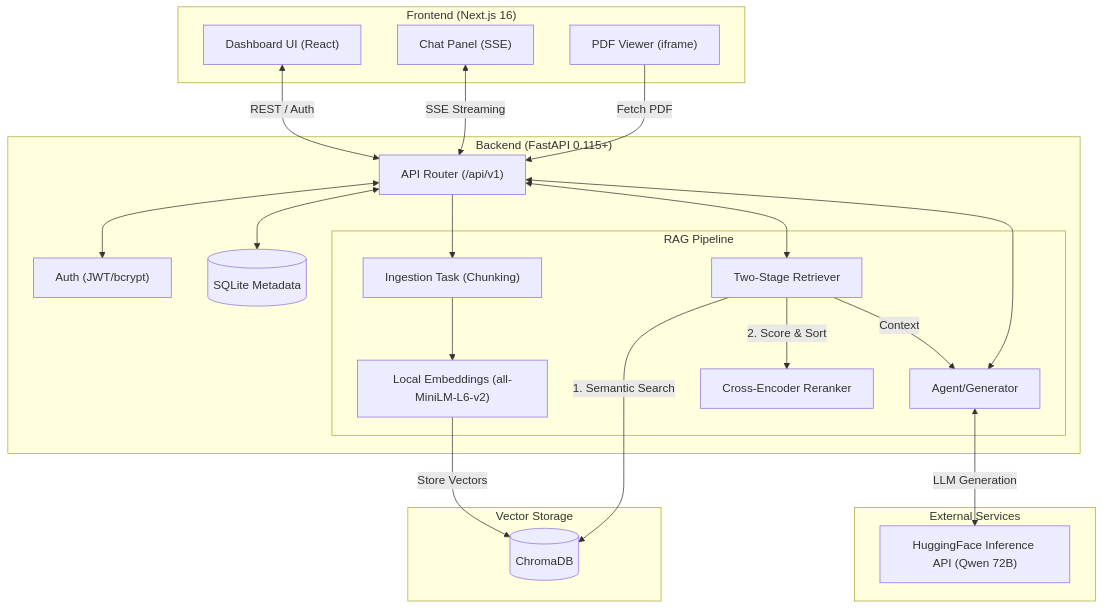
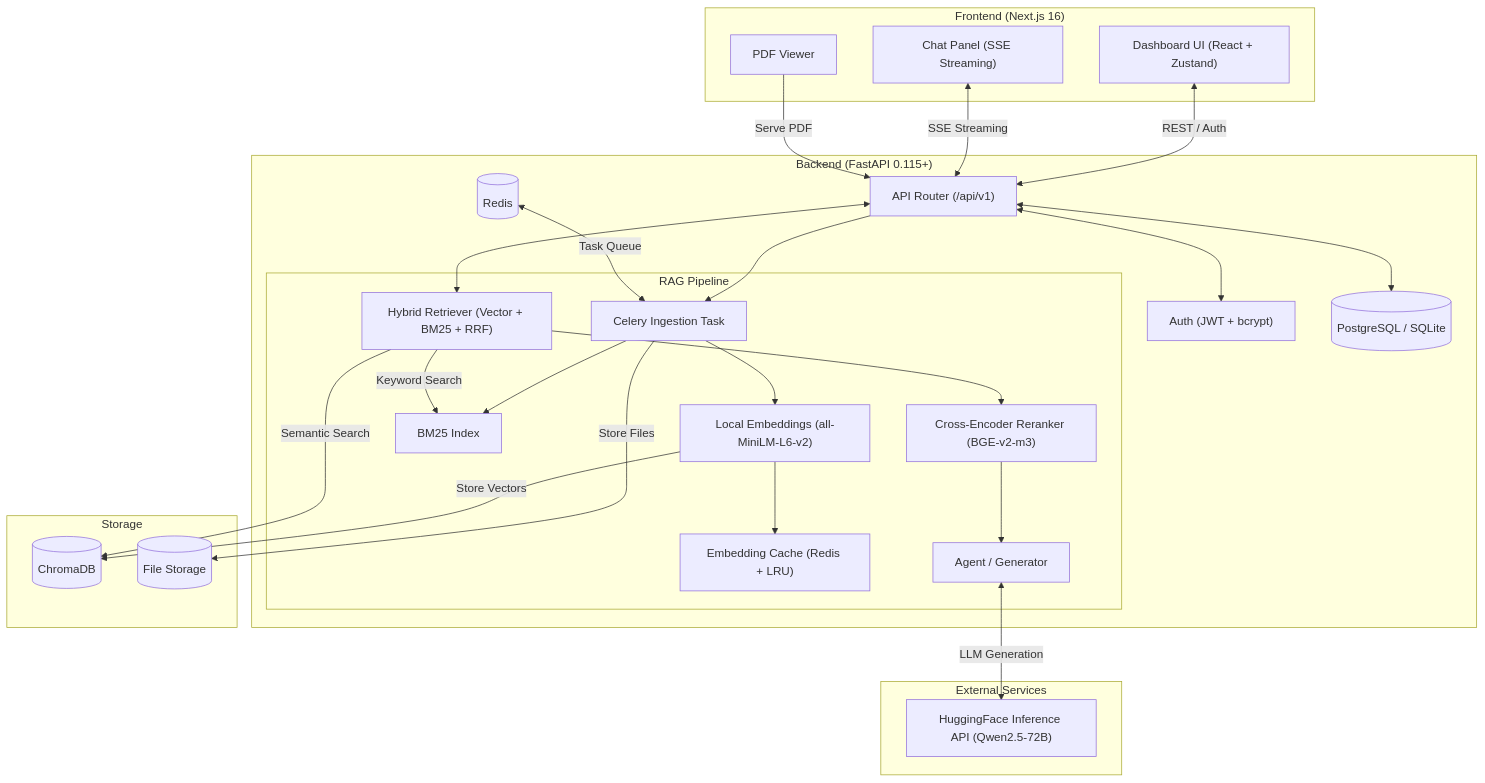
Before and after one commit to param20h/PDF-Assistant-RAG: the diagram in README.md, drawn with Mermaid. The commit also changed other lines of this file, not shown here.

````diff
--- a/README.md
+++ b/README.md
@@ -87,54 +86,53 @@
 ```mermaid
 graph TD
     subgraph Frontend["Frontend (Next.js 16)"]
-        UI["Dashboard UI (React)"]
-        Chat["Chat Panel (SSE)"]
-        Viewer["PDF Viewer (iframe)"]
+        UI["Dashboard UI (React + Zustand)"]
+        Chat["Chat Panel (SSE Streaming)"]
+        Viewer["PDF Viewer"]
     end
 
     subgraph Backend["Backend (FastAPI 0.115+)"]
         API["API Router (/api/v1)"]
-        Auth["Auth (JWT/bcrypt)"]
-        DB[(SQLite Metadata)]
+        Auth["Auth (JWT + bcrypt)"]
+        DB[(PostgreSQL / SQLite)]
+        Redis[(Redis)]
 
         subgraph RAG["RAG Pipeline"]
-            Upload["Ingestion Task (Chunking)"]
+            Upload["Celery Ingestion Task"]
             Embed["Local Embeddings (all-MiniLM-L6-v2)"]
-            Retriever["Two-Stage Retriever"]
-            Rerank["Cross-Encoder Reranker"]
-            Agent["Agent/Generator"]
+            EmbedCache["Embedding Cache (Redis + LRU)"]
+            BM25["BM25 Index"]
+            Retriever["Hybrid Retriever (Vector + BM25 + RRF)"]
+            Rerank["Cross-Encoder Reranker (BGE-v2-m3)"]
+            Agent["Agent / Generator"]
         end
     end
 
-    subgraph Storage["Vector Storage"]
+    subgraph Storage["Storage"]
         Chroma[(ChromaDB)]
+        Uploads[("File Storage")]
     end
 
     subgraph External["External Services"]
-        HF["HuggingFace Inference API (Qwen 72B)"]
+        HF["HuggingFace Inference API (Qwen2.5-72B)"]
     end
 
-    %% Frontend to Backend Connections
     UI <-->|REST / Auth| API
     Chat <-->|SSE Streaming| API
-    Viewer -->|Fetch PDF| API
-
-    %% Backend Internals
+    Viewer -->|Serve PDF| API
     API <--> Auth
     API <--> DB
     API --> Upload
+    Upload --> Embed
+    Embed --> EmbedCache
+    Embed -->|Store Vectors| Chroma
+    Upload --> BM25
     API <--> Retriever
-    API <--> Agent
-
-    %% RAG Ingestion Flow
-    Upload --> Embed
-    Embed -->|Store Vectors| Chroma
-
-    %% RAG Query Flow
-    Retriever -->|1. Semantic Search| Chroma
-    Retriever -->|2. Score & Sort| Rerank
-    Retriever -->|Context| Agent
-
-    %% External LLM Flow
+    Retriever -->|Semantic Search| Chroma
+    Retriever -->|Keyword Search| BM25
+    Retriever --> Rerank
+    Rerank --> Agent
     Agent <-->|LLM Generation| HF
+    Upload -->|Store Files| Uploads
+    Redis <-->|Task Queue| Upload
 ```
````
